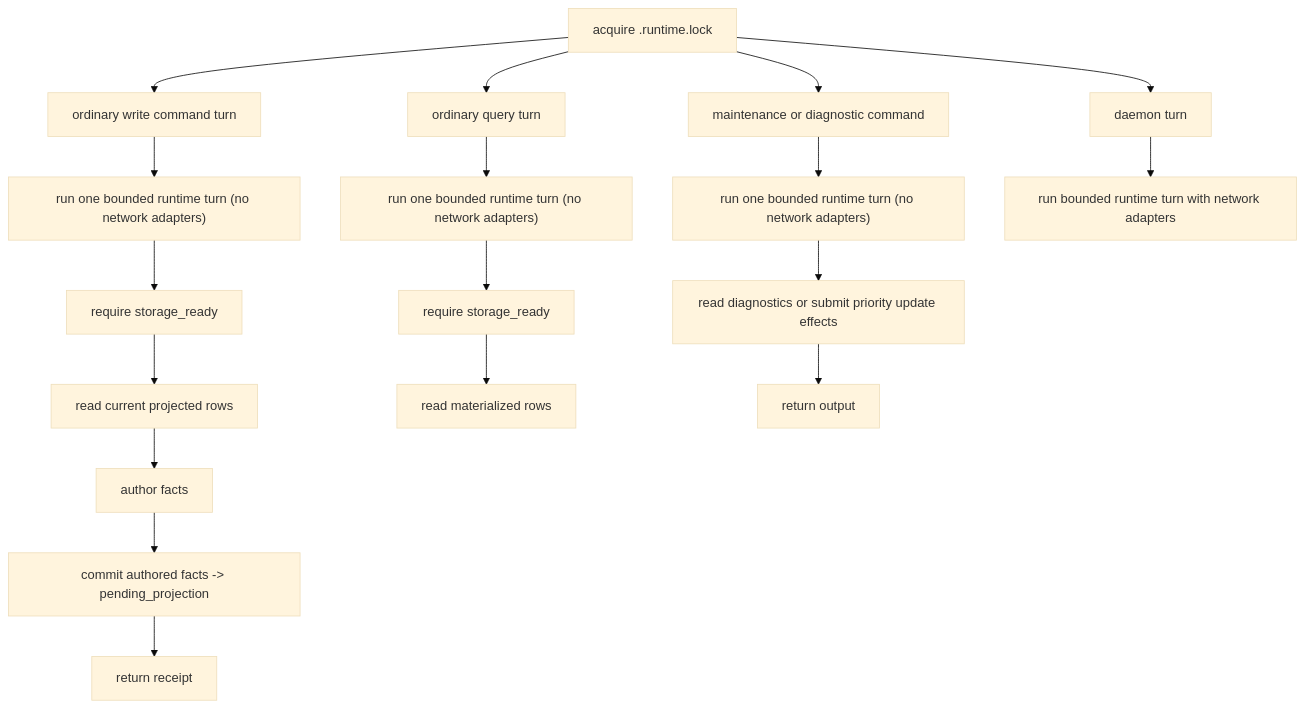
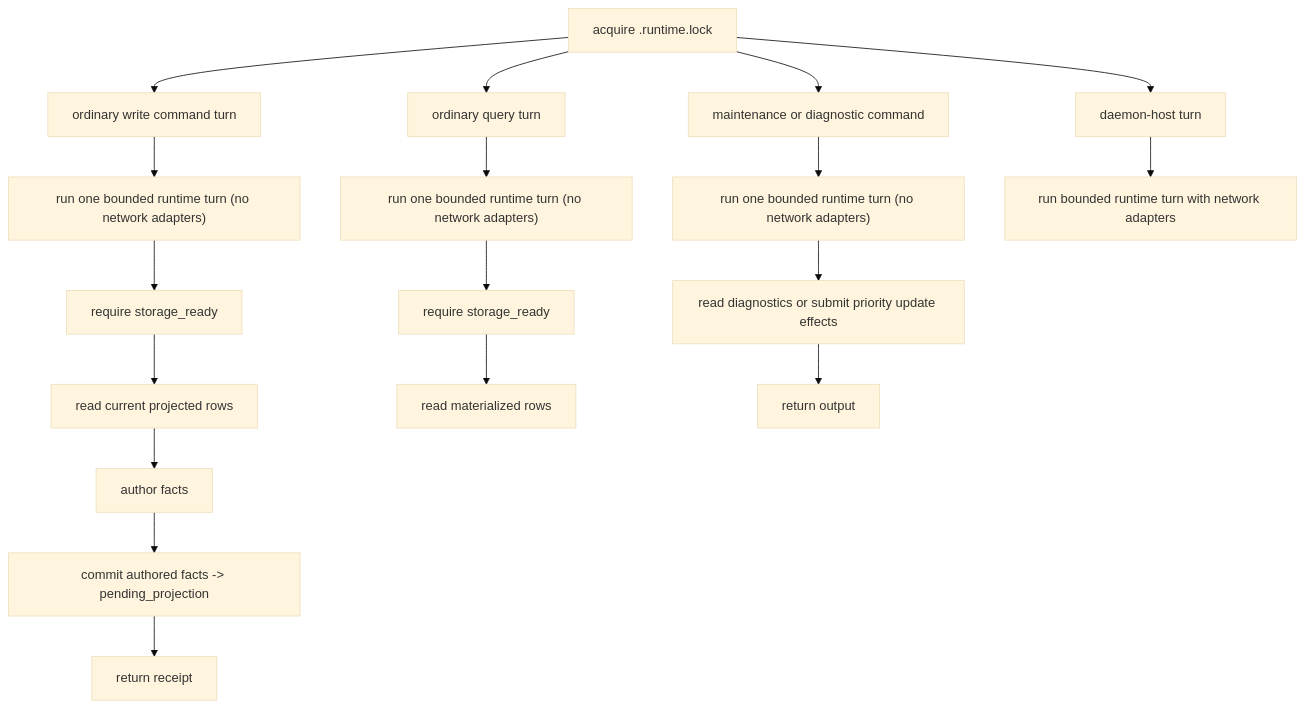
One commit to holmesworcester/poc-10 changed the fourth of 10 diagrams in ARCHITECTURE_DIAGRAMS.md. Above: the diagram before and after it, drawn with Mermaid (base theme). The commit also changed other lines of this file, not shown here.

Commit message:
Update architecture diagrams for runtime turns

````diff
--- a/ARCHITECTURE_DIAGRAMS.md
+++ b/ARCHITECTURE_DIAGRAMS.md
@@ -254,26 +254,26 @@
 ```mermaid
 %%{init: {"flowchart": {"wrappingWidth": 300}} }%%
 flowchart TD
     LOCK["acquire <db>.runtime.lock"]
 
     LOCK --> CMD["ordinary write command turn"]
     CMD --> CMD_PREFLIGHT["run one bounded runtime turn (no network adapters)"]
     CMD_PREFLIGHT --> CMD_READY["require storage_ready"]
     CMD_READY --> READ_INPUTS["read current projected rows"]
     READ_INPUTS --> AUTHOR["author facts"]
     AUTHOR --> COMMIT_FACTS["commit authored facts -> pending_projection"]
     COMMIT_FACTS --> RECEIPT["return receipt"]
 
     LOCK --> Q["ordinary query turn"]
     Q --> Q_PREFLIGHT["run one bounded runtime turn (no network adapters)"]
     Q_PREFLIGHT --> Q_READY["require storage_ready"]
     Q_READY --> READ["read materialized rows"]
 
     LOCK --> MAINT["maintenance or diagnostic command"]
     MAINT --> MAINT_PREFLIGHT["run one bounded runtime turn (no network adapters)"]
     MAINT_PREFLIGHT --> MAINT_WORK["read diagnostics or submit priority update effects"]
     MAINT_WORK --> MAINT_RETURN["return output"]
 
-    LOCK --> TICK["daemon turn"]
-    TICK --> DAEMON_TICK["run bounded runtime turn with network adapters"]
+    LOCK --> DAEMON_HOST["daemon-host turn"]
+    DAEMON_HOST --> DAEMON_TURN["run bounded runtime turn with network adapters"]
 ```
````
